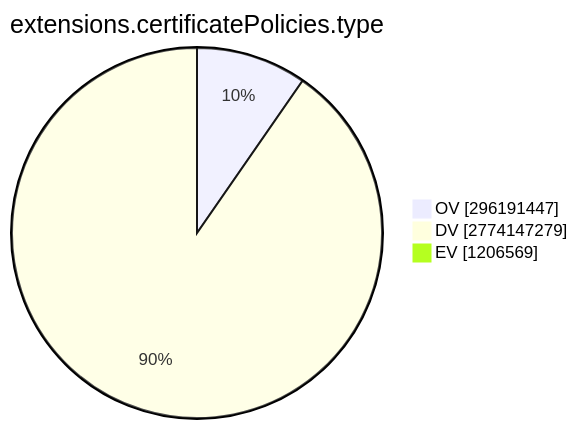
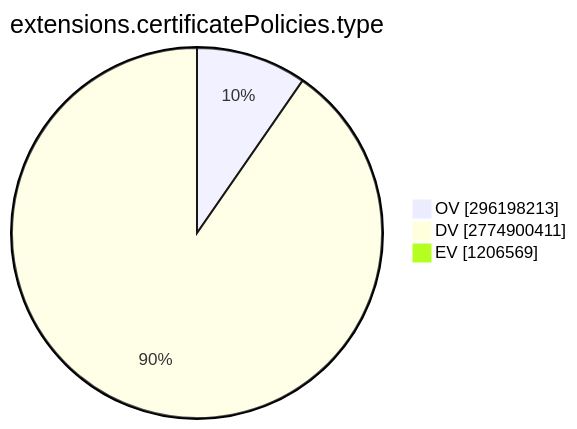
The ninth of 15 diagrams in TOTAL/README.md (christiankrug/ctmonitor_visualization), drawn with Mermaid before and after one commit. The commit also changed other lines of this file, not shown here.

````diff
--- a/TOTAL/README.md
+++ b/TOTAL/README.md
@@ -3099,7 +3099,7 @@
 ```mermaid
 pie showData
 title extensions.certificatePolicies.type
-"OV" :296191447
-"DV" :2774147279
+"OV" :296198213
+"DV" :2774900411
 "EV" :1206569
 ```
````
